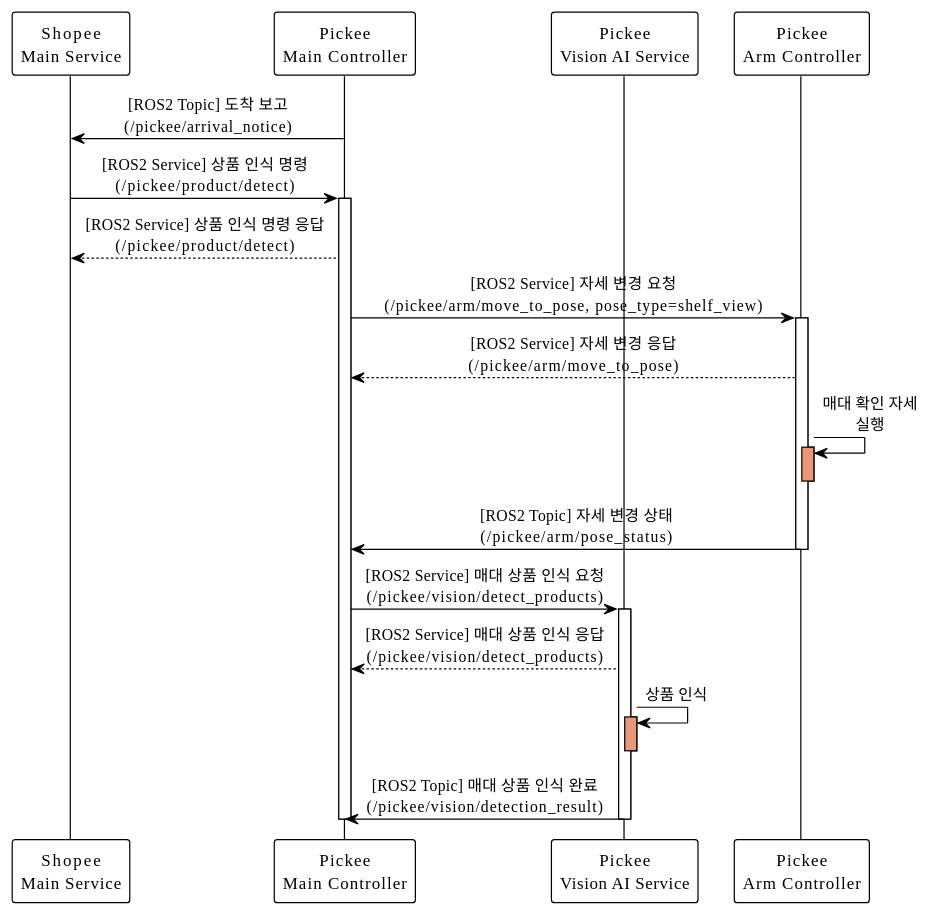
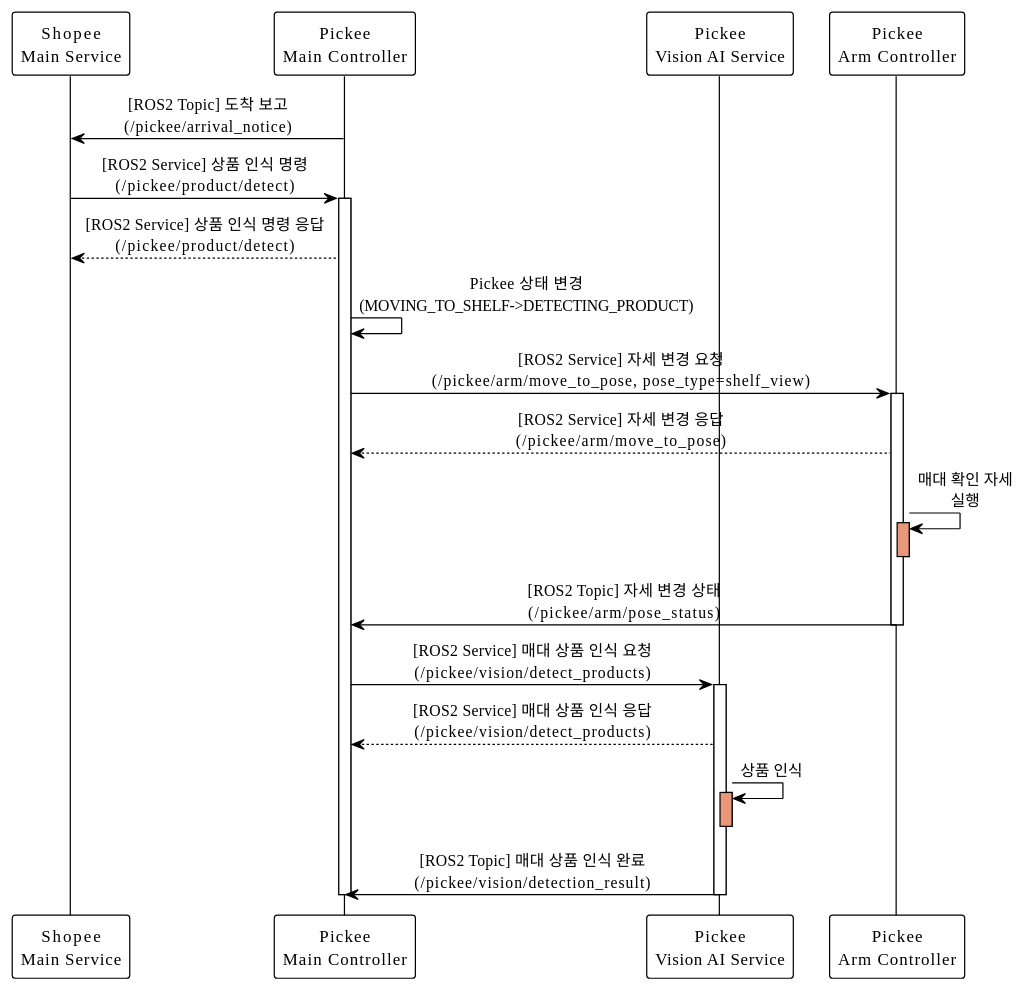
Before and after one commit to addinedu-roscamp-7th/roscamp-repo-1: the diagram in docs/SequenceDiagram/SC_02_3_1.md, drawn with PlantUML. The commit also changed 18 other files, not shown here.

```diff
--- a/docs/SequenceDiagram/SC_02_3_1.md
+++ b/docs/SequenceDiagram/SC_02_3_1.md
@@ -1,44 +1,46 @@
 @startuml SC_02_3_1_자동선택
 !theme plain
 skinparam backgroundColor #FFFFFF
 skinparam sequenceMessageAlign center
 
 participant "Shopee\nMain Service" as main
 participant "Pickee\nMain Controller" as pickee_main
 participant "Pickee\nVision AI Service" as vision
 participant "Pickee\nArm Controller" as pickee_arm
 
 pickee_main -> main: [ROS2 Topic] 도착 보고\n(/pickee/arrival_notice)
 
 main -> pickee_main: [ROS2 Service] 상품 인식 명령\n(/pickee/product/detect)
 activate pickee_main
 
 pickee_main --> main: [ROS2 Service] 상품 인식 명령 응답\n(/pickee/product/detect)
+
+pickee_main -> pickee_main: Pickee 상태 변경\n(MOVING_TO_SHELF->DETECTING_PRODUCT)
 
 pickee_main -> pickee_arm: [ROS2 Service] 자세 변경 요청\n(/pickee/arm/move_to_pose, pose_type=shelf_view)
 activate pickee_arm
 
 pickee_arm --> pickee_main: [ROS2 Service] 자세 변경 응답\n(/pickee/arm/move_to_pose)
 
 pickee_arm -> pickee_arm: 매대 확인 자세\n실행
 activate pickee_arm #DarkSalmon
 deactivate pickee_arm
 
 pickee_arm -> pickee_main: [ROS2 Topic] 자세 변경 상태\n(/pickee/arm/pose_status)
 deactivate pickee_arm
 
 pickee_main -> vision: [ROS2 Service] 매대 상품 인식 요청\n(/pickee/vision/detect_products)
 activate vision
 
 vision --> pickee_main: [ROS2 Service] 매대 상품 인식 응답\n(/pickee/vision/detect_products)
 
 vision -> vision: 상품 인식
 activate vision #DarkSalmon
 deactivate vision
 
 vision -> pickee_main: [ROS2 Topic] 매대 상품 인식 완료\n(/pickee/vision/detection_result)
 deactivate vision
 
 deactivate pickee_main
 
 @enduml
```
